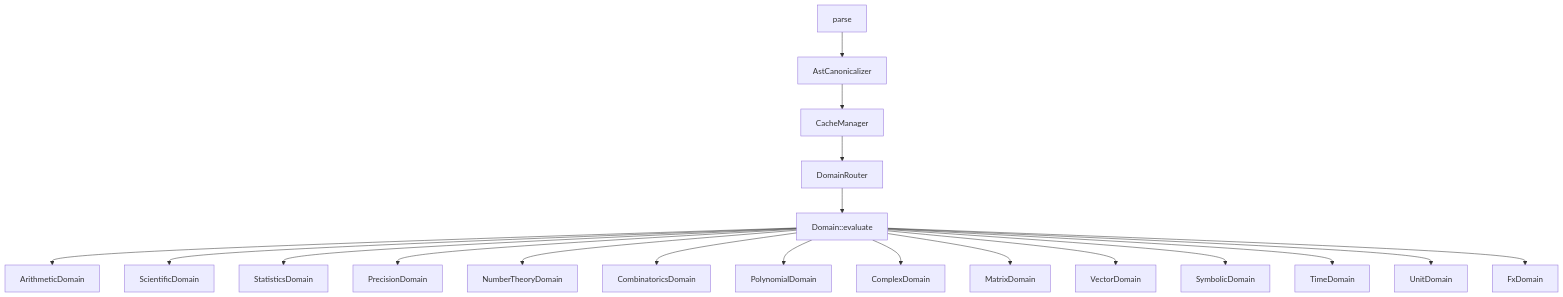
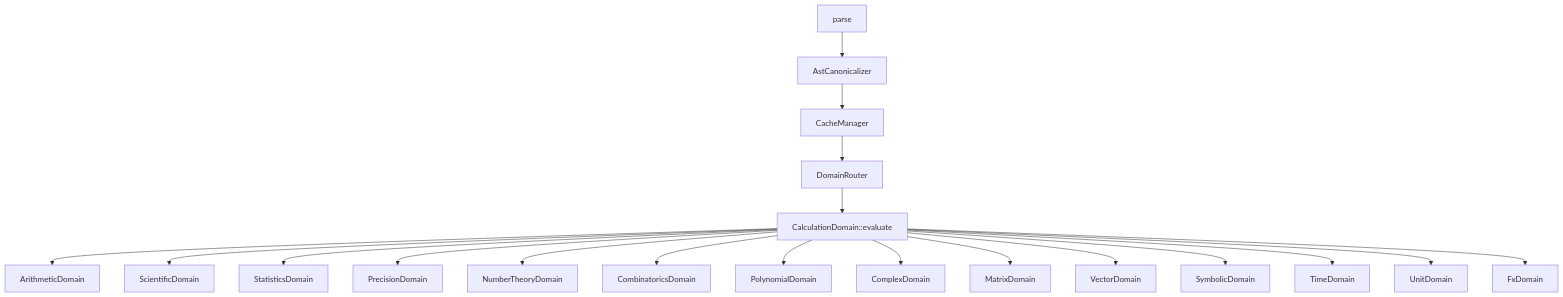
Before and after one commit to Kirky-X/calnexus: the diagram in README.md, drawn with Mermaid. The commit also changed other lines of this file and 81 other files, not shown here.

````diff
--- a/README.md
+++ b/README.md
@@ -159,21 +159,21 @@
 ```mermaid
 graph TD
     A[parse] --> B[AstCanonicalizer]
     B --> C[CacheManager]
     C --> D[DomainRouter]
-    D --> E[Domain::evaluate]
+    D --> E[CalculationDomain::evaluate]
     E --> F[ArithmeticDomain]
     E --> G[ScientificDomain]
     E --> H[StatisticsDomain]
     E --> I[PrecisionDomain]
     E --> J[NumberTheoryDomain]
     E --> K[CombinatoricsDomain]
     E --> L[PolynomialDomain]
     E --> M[ComplexDomain]
     E --> N[MatrixDomain]
     E --> O[VectorDomain]
     E --> P[SymbolicDomain]
     E --> Q[TimeDomain]
     E --> R[UnitDomain]
     E --> S[FxDomain]
 ```
````
